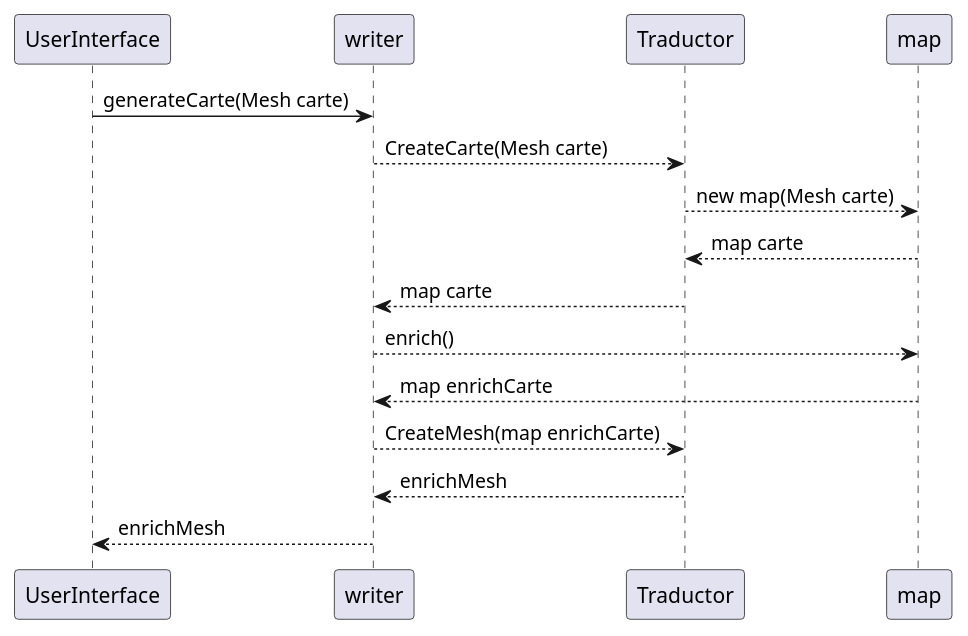
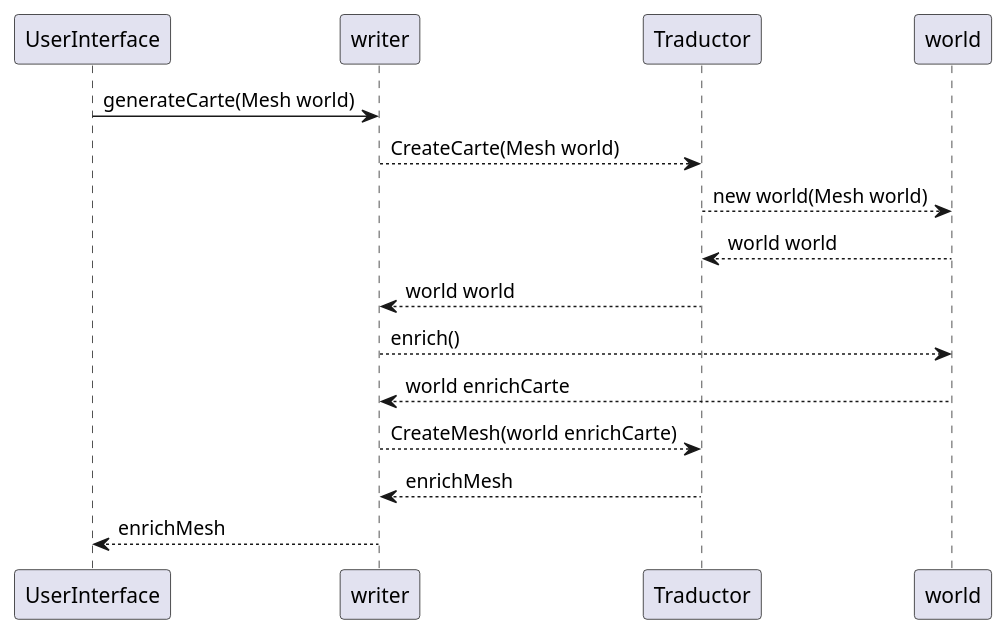
The diagram in diagram_de_sequence.puml (cryptoswarm/terrain-generator), drawn with PlantUML before and after one commit. The commit also changed 16 other files, not shown here.

```diff
--- a/diagram_de_sequence.puml
+++ b/diagram_de_sequence.puml
@@ -1,14 +1,14 @@
 @startuml
-UserInterface -> writer : generateCarte(Mesh carte)
-writer --> Traductor : CreateCarte(Mesh carte)
-Traductor --> map : new map(Mesh carte)
-Traductor <-- map : map carte
-writer <-- Traductor : map carte
-writer --> map : enrich()
-writer <-- map : map enrichCarte
-writer --> Traductor : CreateMesh(map enrichCarte)
+UserInterface -> writer : generateCarte(Mesh world)
+writer --> Traductor : CreateCarte(Mesh world)
+Traductor --> world : new world(Mesh world)
+Traductor <-- world : world world
+writer <-- Traductor : world world
+writer --> world : enrich()
+writer <-- world : world enrichCarte
+writer --> Traductor : CreateMesh(world enrichCarte)
 writer <-- Traductor : enrichMesh
 UserInterface <-- writer : enrichMesh
 
 
 @enduml
```
